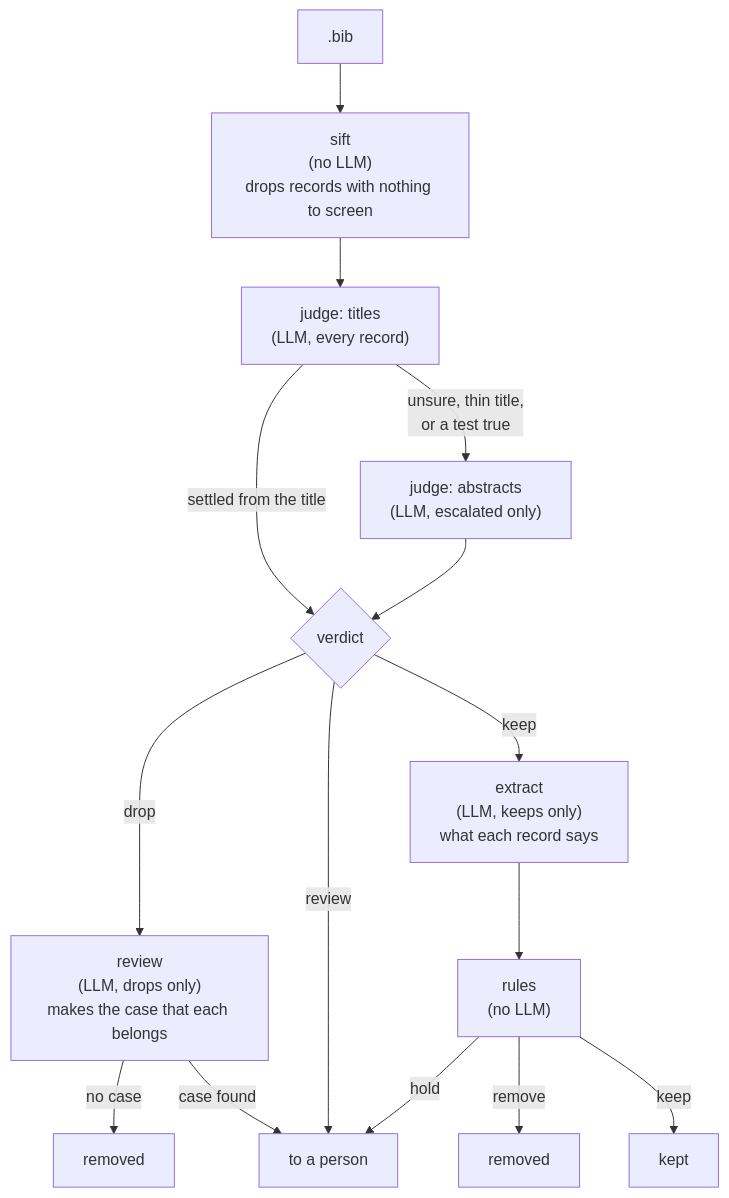
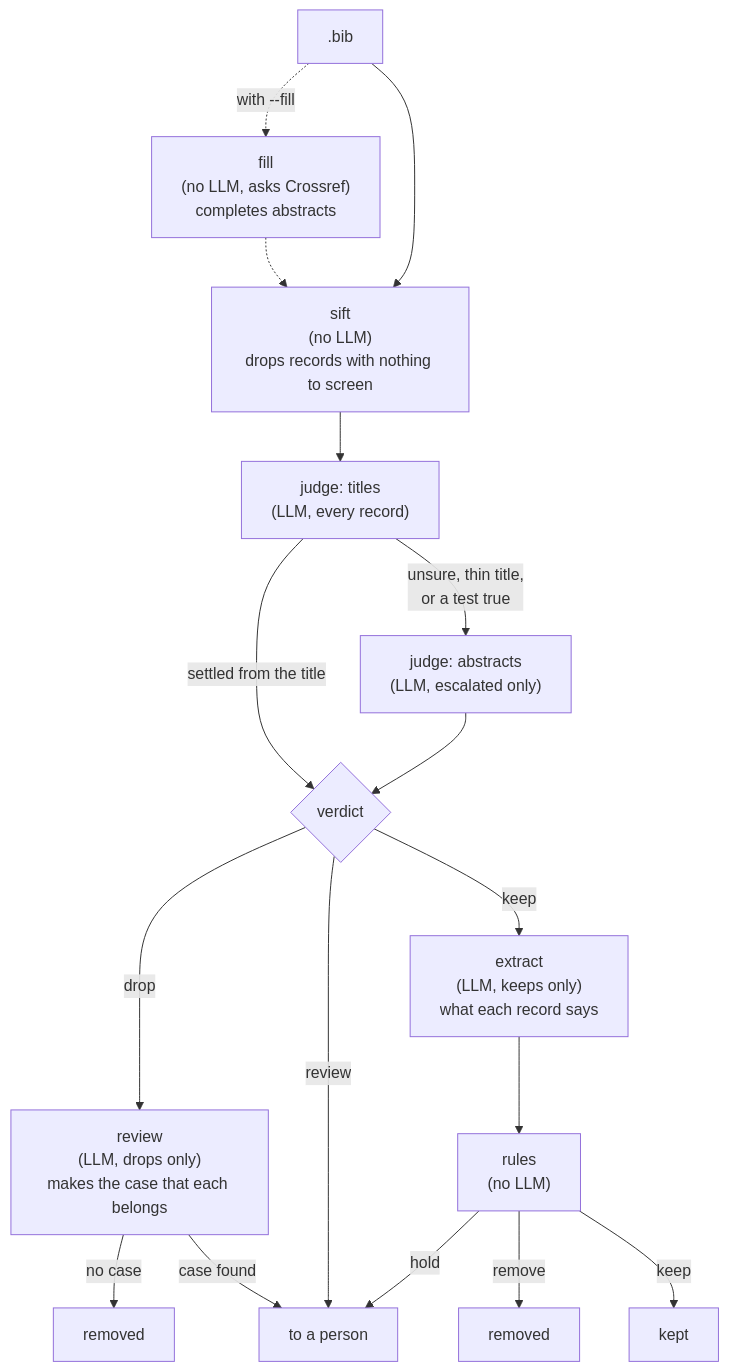
Before and after one commit to Technologicat/raven: the diagram in raven/papers/README.md, drawn with Mermaid. The commit also changed other lines of this file and 10 other files, not shown here.

First line of the commit message:
scopebib: `--fill` completes the abstracts before the sift

````diff
--- a/raven/papers/README.md
+++ b/raven/papers/README.md
@@ -419,17 +419,19 @@
 ```mermaid
 flowchart TD
-    BIB[".bib"] --> SIFT["sift<br/>(no LLM)<br/>drops records with nothing to screen"]
+    BIB[".bib"] -.->|"with --fill"| FILL["fill<br/>(no LLM, asks Crossref)<br/>completes abstracts"]
+    FILL -.-> SIFT
+    BIB --> SIFT["sift<br/>(no LLM)<br/>drops records with nothing to screen"]
     SIFT --> T["judge: titles<br/>(LLM, every record)"]
     T -->|"settled from the title"| V{"verdict"}
     T -->|"unsure, thin title,<br/>or a test true"| A["judge: abstracts<br/>(LLM, escalated only)"]
     A --> V
     V -->|"drop"| R["review<br/>(LLM, drops only)<br/>makes the case that each belongs"]
     R -->|"no case"| OUT1["removed"]
     R -->|"case found"| PERSON["to a person"]
     V -->|"review"| PERSON
     V -->|"keep"| X["extract<br/>(LLM, keeps only)<br/>what each record says"]
     X --> RULES["rules<br/>(no LLM)"]
     RULES -->|"remove"| OUT2["removed"]
     RULES -->|"hold"| PERSON
     RULES -->|"keep"| KEPT["kept"]
 ```
````
